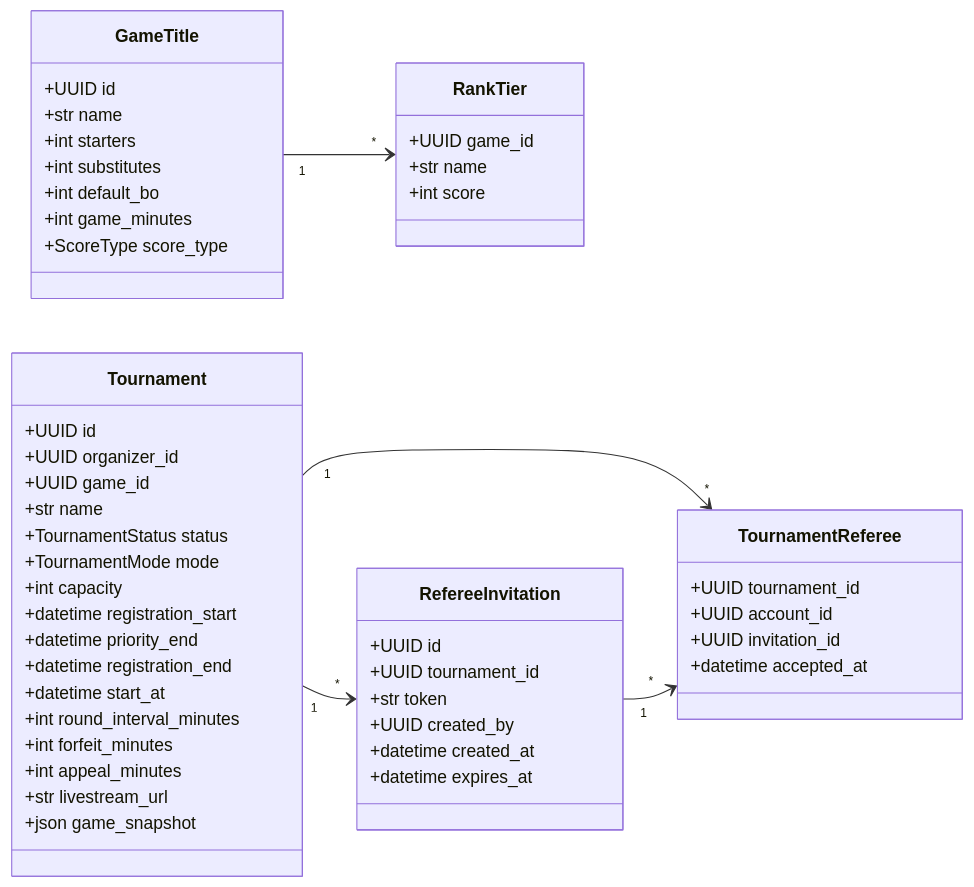
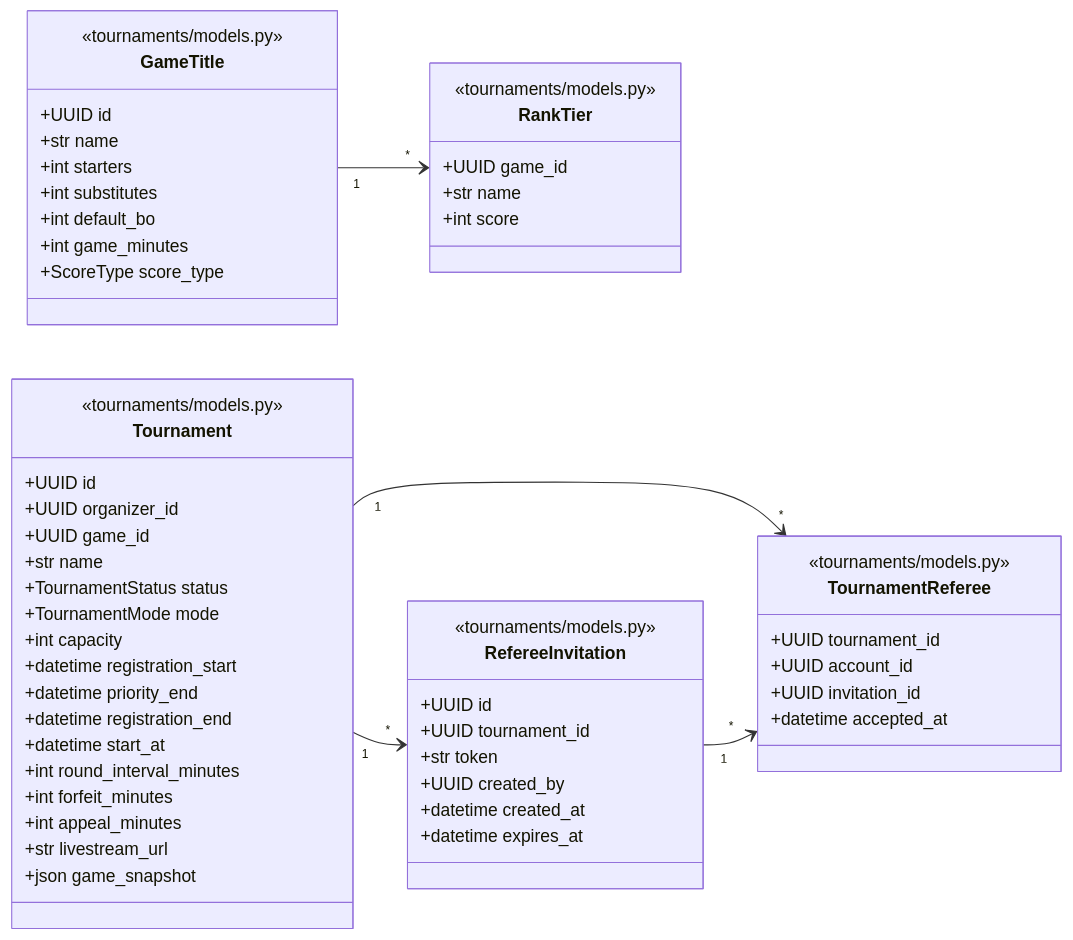
One commit to Team14good/esport-platform changed the sixth of 15 diagrams in docs/midterm/D-物件設計文件.md. Above: the diagram before and after it, drawn with Mermaid. The commit also changed other lines of this file and 27 other files, not shown here.

First line of the commit message:
docs: B、C、D 其餘的圖全部對照程式標註

````diff
--- a/docs/midterm/D-物件設計文件.md
+++ b/docs/midterm/D-物件設計文件.md
@@ -270,54 +286,59 @@
 ```mermaid
 classDiagram
   direction LR
   class GameTitle {
+    <<tournaments/models.py>>
     +UUID id
     +str name
     +int starters
     +int substitutes
     +int default_bo
     +int game_minutes
     +ScoreType score_type
   }
   class RankTier {
+    <<tournaments/models.py>>
     +UUID game_id
     +str name
     +int score
   }
   class Tournament {
+    <<tournaments/models.py>>
     +UUID id
     +UUID organizer_id
     +UUID game_id
     +str name
     +TournamentStatus status
     +TournamentMode mode
     +int capacity
     +datetime registration_start
     +datetime priority_end
     +datetime registration_end
     +datetime start_at
     +int round_interval_minutes
     +int forfeit_minutes
     +int appeal_minutes
     +str livestream_url
     +json game_snapshot
   }
   class RefereeInvitation {
+    <<tournaments/models.py>>
     +UUID id
     +UUID tournament_id
     +str token
     +UUID created_by
     +datetime created_at
     +datetime expires_at
   }
   class TournamentReferee {
+    <<tournaments/models.py>>
     +UUID tournament_id
     +UUID account_id
     +UUID invitation_id
     +datetime accepted_at
   }
   GameTitle "1" --> "*" RankTier
   Tournament "1" --> "*" RefereeInvitation
   Tournament "1" --> "*" TournamentReferee
   RefereeInvitation "1" --> "*" TournamentReferee
 ```
````
